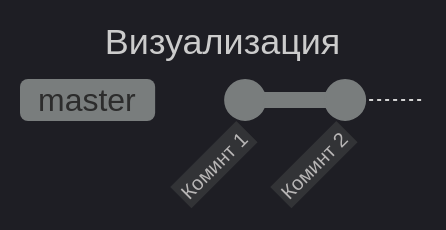
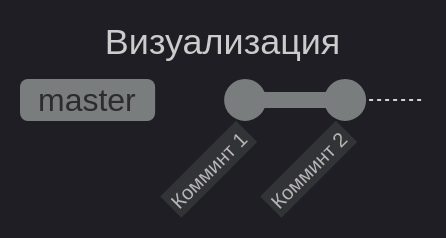
The second of 11 diagrams in docs/Глава 2/2.2 Пример работы с локальным Git.md (PWFoox/PWFoox_Wiki), drawn with Mermaid before and after one commit. The commit also changed other lines of this file and 9 other files, not shown here.

````diff
--- a/docs/Глава 2/2.2 Пример работы с локальным Git.md
+++ b/docs/Глава 2/2.2 Пример работы с локальным Git.md
@@ -77,9 +77,9 @@
 ```mermaid
 ---
 title: Визуализация
 ---
 %%{init: {'gitGraph':{'mainBranchName': 'master'}, 'theme': 'dark'}}%%
 gitGraph
-   commit id: "Коминт 1"
-   commit id: "Коминт 2"
+   commit id: "Комминт 1"
+   commit id: "Комминт 2"
 ```
````
